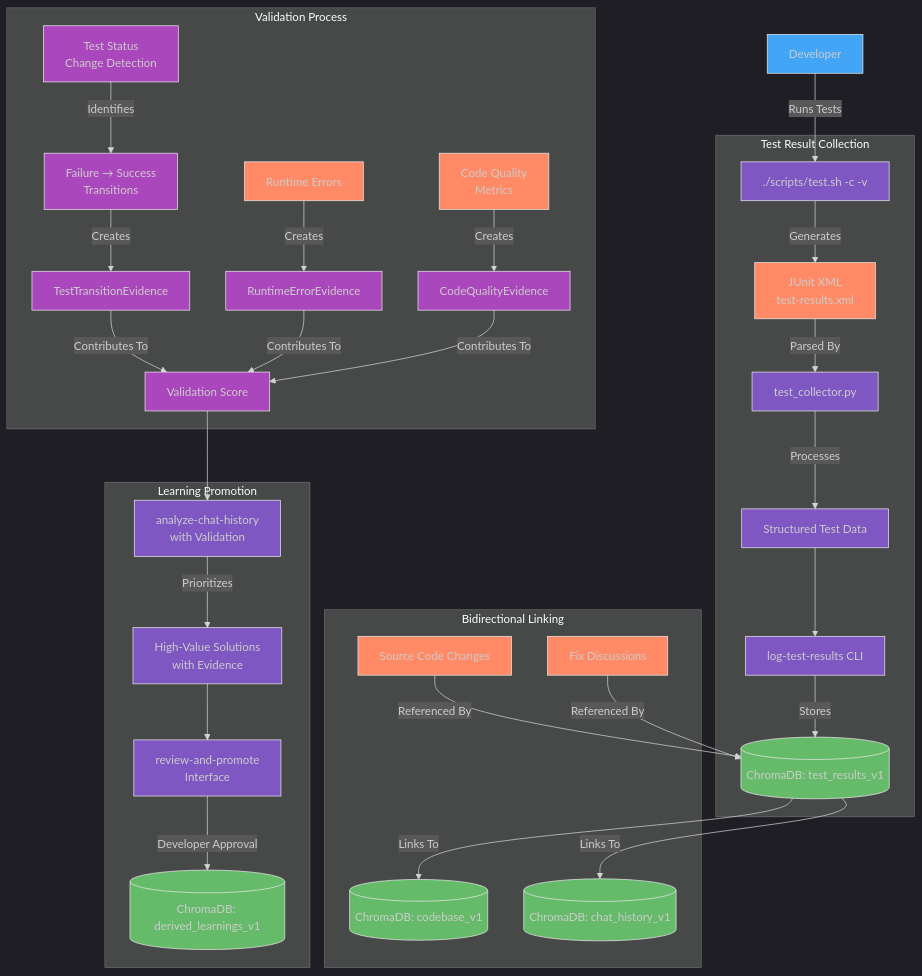
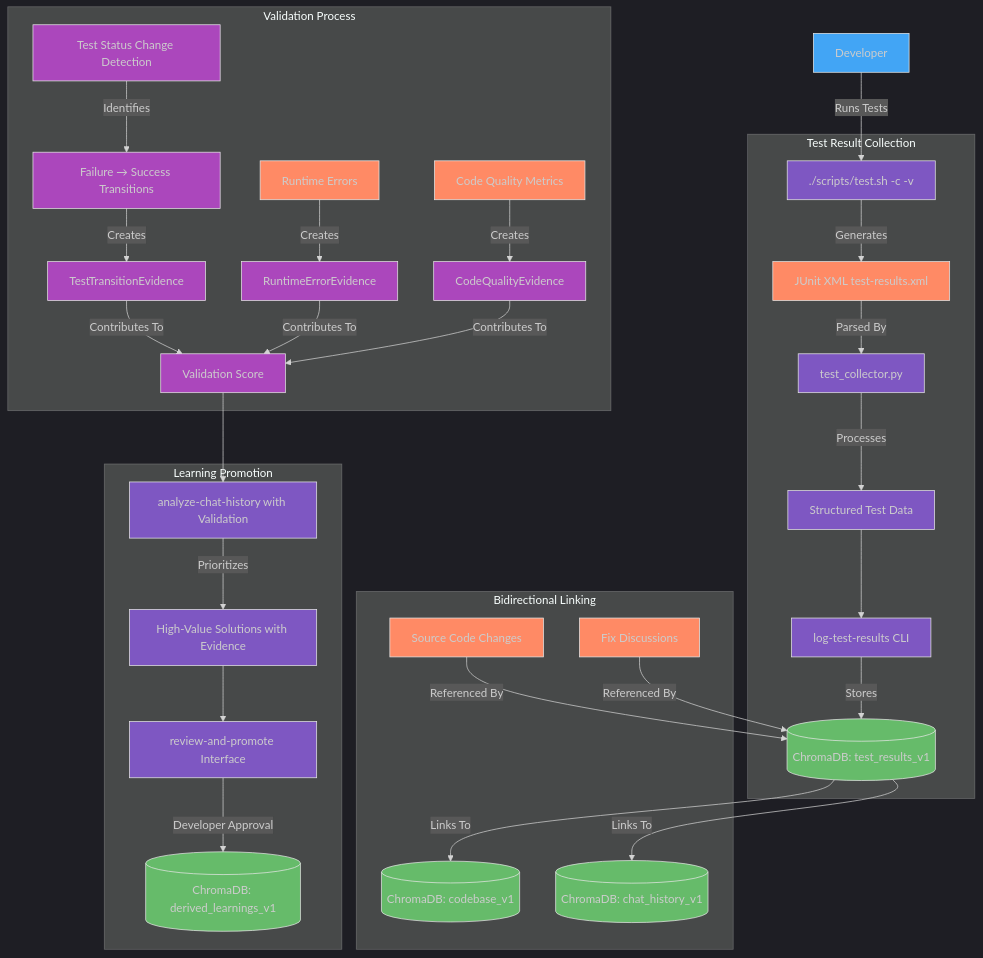
One commit to somebloke1/chroma_mcp_server changed the first of 3 diagrams in docs/usage/test_result_integration.md. Above: the diagram before and after it, drawn with Mermaid. The commit also changed 19 other files, not shown here.

````diff
--- a/docs/usage/test_result_integration.md
+++ b/docs/usage/test_result_integration.md
@@ -21,61 +21,61 @@
 ```mermaid
 %%{init: {'theme': 'dark'}}%%
 flowchart TD
     A[Developer] -- Runs Tests --> B["./scripts/test.sh -c -v"]
     
     subgraph "Test Result Collection"
-        B -- Generates --> C["JUnit XML\ntest-results.xml"]
+        B -- Generates --> C["JUnit XML test-results.xml"]
         C -- Parsed By --> D[test_collector.py]
         D -- Processes --> E["Structured Test Data"]
         E --> F["log-test-results CLI"]
         F -- Stores --> G[(ChromaDB: test_results_v1)]
     end
     
     subgraph "Bidirectional Linking"
         G -- Links To --> H[(ChromaDB: codebase_v1)]
         G -- Links To --> I[(ChromaDB: chat_history_v1)]
         J[Source Code Changes] -- Referenced By --> G
         K[Fix Discussions] -- Referenced By --> G
     end
     
     subgraph "Validation Process"
-        L["Test Status\nChange Detection"] -- Identifies --> M["Failure → Success\nTransitions"]
+        L["Test Status Change Detection"] -- Identifies --> M["Failure → Success Transitions"]
         M -- Creates --> N["TestTransitionEvidence"]
         N -- Contributes To --> O["Validation Score"]
         P["Runtime Errors"] -- Creates --> Q["RuntimeErrorEvidence"]
         Q -- Contributes To --> O
-        R["Code Quality\nMetrics"] -- Creates --> S["CodeQualityEvidence"]
+        R["Code Quality Metrics"] -- Creates --> S["CodeQualityEvidence"]
         S -- Contributes To --> O
     end
     
     subgraph "Learning Promotion"
-        O --> T["analyze-chat-history\nwith Validation"]
-        T -- Prioritizes --> U["High-Value Solutions\nwith Evidence"]
-        U --> V["review-and-promote\nInterface"]
+        O --> T["analyze-chat-history with Validation"]
+        T -- Prioritizes --> U["High-Value Solutions with Evidence"]
+        U --> V["review-and-promote Interface"]
         V -- Developer Approval --> W[(ChromaDB: derived_learnings_v1)]
     end
 
     style A fill:#42A5F5,stroke:#E6E6E6,stroke-width:1px
     style B fill:#7E57C2,stroke:#E6E6E6,stroke-width:1px
     style C fill:#FF8A65,stroke:#E6E6E6,stroke-width:1px
     style D fill:#7E57C2,stroke:#E6E6E6,stroke-width:1px
     style E fill:#7E57C2,stroke:#E6E6E6,stroke-width:1px
     style F fill:#7E57C2,stroke:#E6E6E6,stroke-width:1px
     style G fill:#66BB6A,stroke:#E6E6E6,stroke-width:1px
     style H fill:#66BB6A,stroke:#E6E6E6,stroke-width:1px
     style I fill:#66BB6A,stroke:#E6E6E6,stroke-width:1px
     style J fill:#FF8A65,stroke:#E6E6E6,stroke-width:1px
     style K fill:#FF8A65,stroke:#E6E6E6,stroke-width:1px
     style L fill:#AB47BC,stroke:#E6E6E6,stroke-width:1px
     style M fill:#AB47BC,stroke:#E6E6E6,stroke-width:1px
     style N fill:#AB47BC,stroke:#E6E6E6,stroke-width:1px
     style O fill:#AB47BC,stroke:#E6E6E6,stroke-width:1px
     style P fill:#FF8A65,stroke:#E6E6E6,stroke-width:1px
     style Q fill:#AB47BC,stroke:#E6E6E6,stroke-width:1px
     style R fill:#FF8A65,stroke:#E6E6E6,stroke-width:1px
     style S fill:#AB47BC,stroke:#E6E6E6,stroke-width:1px
     style T fill:#7E57C2,stroke:#E6E6E6,stroke-width:1px
     style U fill:#7E57C2,stroke:#E6E6E6,stroke-width:1px
     style V fill:#7E57C2,stroke:#E6E6E6,stroke-width:1px
     style W fill:#66BB6A,stroke:#E6E6E6,stroke-width:1px
 ```
````
